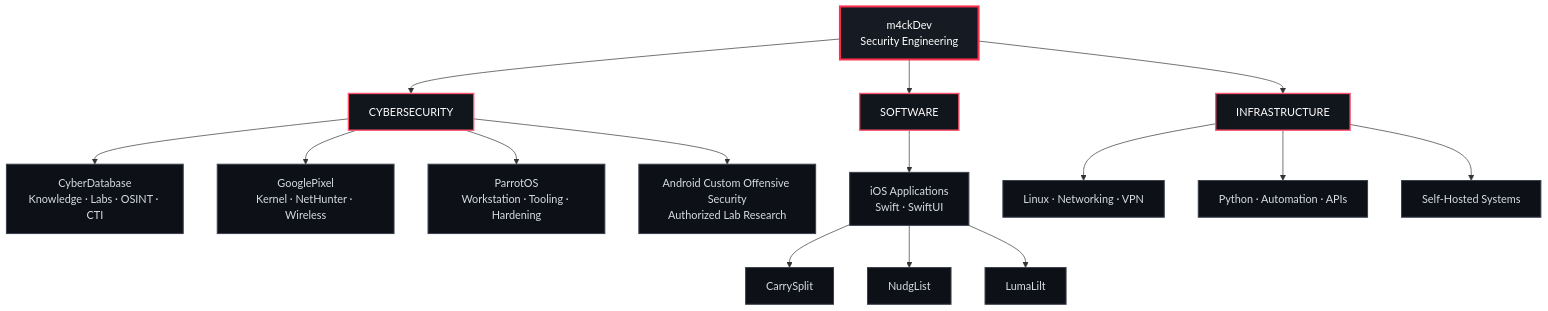
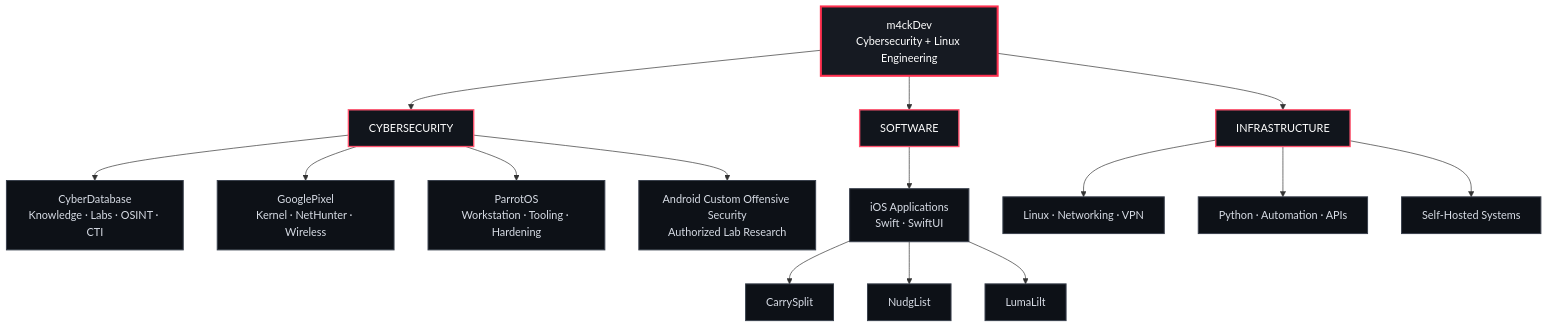
The diagram in README.md (m4ckDev/m4ckDev), drawn with Mermaid before and after one commit. The commit also changed other lines of this file, not shown here.

Commit message:
Add Linux Engineer to profile identity

```diff
--- a/README.md
+++ b/README.md
@@ -31,30 +31,30 @@
 ~~~mermaid
 flowchart TB
-    M["m4ckDev<br/>Security Engineering"]
+    M["m4ckDev<br/>Cybersecurity + Linux Engineering"]
 
     M --> SEC["CYBERSECURITY"]
     M --> DEV["SOFTWARE"]
     M --> INFRA["INFRASTRUCTURE"]
 
     SEC --> CDB["CyberDatabase<br/>Knowledge · Labs · OSINT · CTI"]
     SEC --> PIX["GooglePixel<br/>Kernel · NetHunter · Wireless"]
     SEC --> PAR["ParrotOS<br/>Workstation · Tooling · Hardening"]
     SEC --> AND["Android Custom Offensive Security<br/>Authorized Lab Research"]
 
     DEV --> IOS["iOS Applications<br/>Swift · SwiftUI"]
     IOS --> CS["CarrySplit"]
     IOS --> NL["NudgList"]
     IOS --> LL["LumaLilt"]
 
     INFRA --> NET["Linux · Networking · VPN"]
     INFRA --> AUTO["Python · Automation · APIs"]
     INFRA --> SELF["Self-Hosted Systems"]
 
     classDef root fill:#161a22,stroke:#ff304f,color:#ffffff,stroke-width:3px;
     classDef major fill:#11151c,stroke:#ff526d,color:#ffffff,stroke-width:2px;
     classDef node fill:#0d1117,stroke:#3a414d,color:#d7dce5,stroke-width:1.5px;
 
     class M root;
     class SEC,DEV,INFRA major;
     class CDB,PIX,PAR,AND,IOS,CS,NL,LL,NET,AUTO,SELF node;
 ~~~
```
